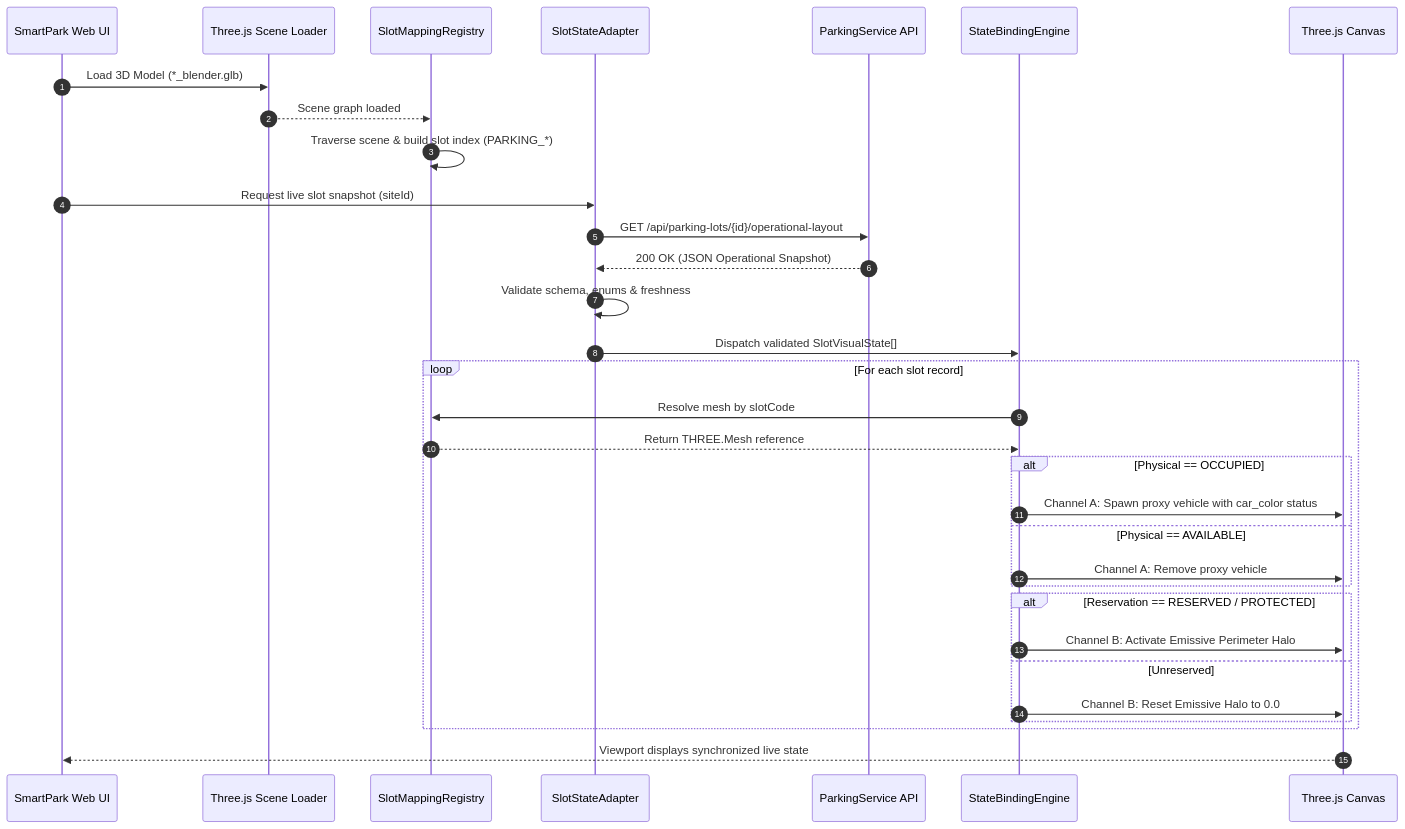
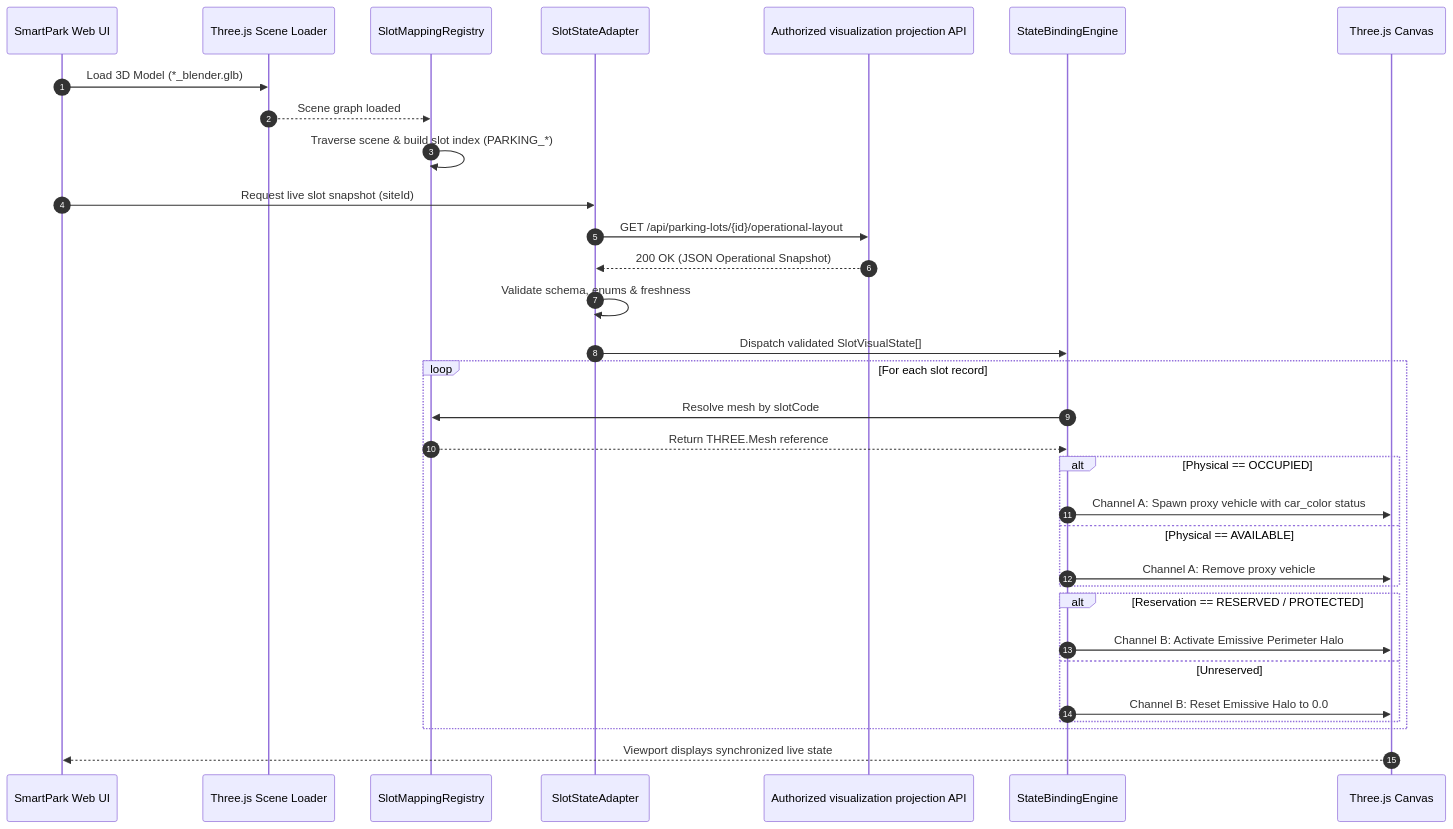
One commit to Quangthm/Mock-Project-Smart-Parking changed the second of 2 diagrams in docs/03-design/3d-digital-twin/3D_BACKEND_SLOT_STATE_BINDING.md. Above: the diagram before and after it, drawn with Mermaid. The commit also changed other lines of this file and 106 other files, not shown here.

````diff
--- a/docs/03-design/3d-digital-twin/3D_BACKEND_SLOT_STATE_BINDING.md
+++ b/docs/03-design/3d-digital-twin/3D_BACKEND_SLOT_STATE_BINDING.md
@@ -157,35 +123,35 @@
 ```mermaid
 sequenceDiagram
     autonumber
     participant UI as SmartPark Web UI
     participant GLTF as Three.js Scene Loader
     participant Reg as SlotMappingRegistry
     participant Adapt as SlotStateAdapter
-    participant API as ParkingService API
+    participant API as Authorized visualization projection API
     participant Bind as StateBindingEngine
     participant Render as Three.js Canvas
 
     UI->>GLTF: Load 3D Model (*_blender.glb)
     GLTF-->>Reg: Scene graph loaded
     Reg->>Reg: Traverse scene & build slot index (PARKING_*)
     UI->>Adapt: Request live slot snapshot (siteId)
     Adapt->>API: GET /api/parking-lots/{id}/operational-layout
     API-->>Adapt: 200 OK (JSON Operational Snapshot)
     Adapt->>Adapt: Validate schema, enums & freshness
     Adapt->>Bind: Dispatch validated SlotVisualState[]
     loop For each slot record
         Bind->>Reg: Resolve mesh by slotCode
         Reg-->>Bind: Return THREE.Mesh reference
         alt Physical == OCCUPIED
             Bind->>Render: Channel A: Spawn proxy vehicle with car_color status
         else Physical == AVAILABLE
             Bind->>Render: Channel A: Remove proxy vehicle
         end
         alt Reservation == RESERVED / PROTECTED
             Bind->>Render: Channel B: Activate Emissive Perimeter Halo
         else Unreserved
             Bind->>Render: Channel B: Reset Emissive Halo to 0.0
         end
     end
     Render-->>UI: Viewport displays synchronized live state
 ```
````
